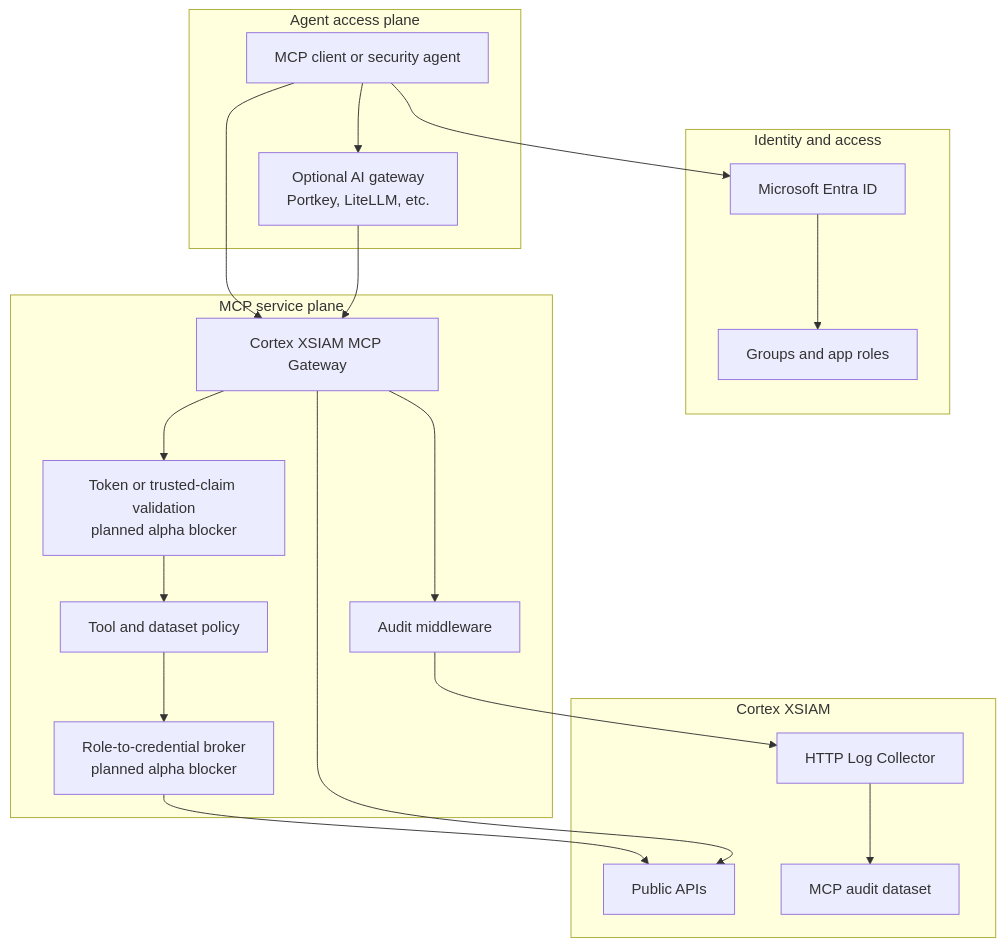
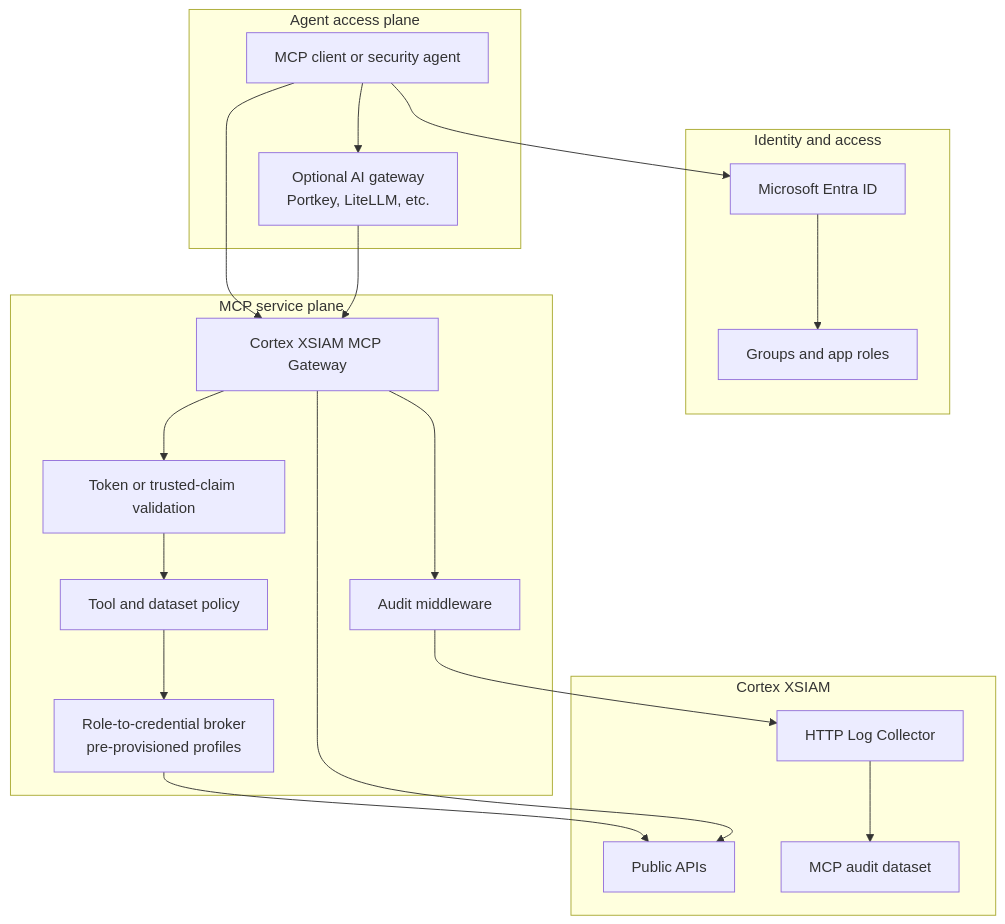
Before and after one commit to ciaran-finnegan/cortex-xsiam-mcp-gateway: the diagram in docs/ENTERPRISE_DEPLOYMENT.md, drawn with Mermaid. The commit also changed other lines of this file and 32 other files, not shown here.

````diff
--- a/docs/ENTERPRISE_DEPLOYMENT.md
+++ b/docs/ENTERPRISE_DEPLOYMENT.md
@@ -12,40 +12,40 @@
 ```mermaid
 flowchart TB
   subgraph Identity["Identity and access"]
     Entra["Microsoft Entra ID"]
     Groups["Groups and app roles"]
   end
 
   subgraph AgentPlane["Agent access plane"]
     Client["MCP client or security agent"]
     OptionalGateway["Optional AI gateway<br/>Portkey, LiteLLM, etc."]
   end
 
   subgraph MCPPlane["MCP service plane"]
     MCP["Cortex XSIAM MCP Gateway"]
-    Auth["Token or trusted-claim validation<br/>planned alpha blocker"]
+    Auth["Token or trusted-claim validation"]
     Policy["Tool and dataset policy"]
     Audit["Audit middleware"]
-    Broker["Role-to-credential broker<br/>planned alpha blocker"]
+    Broker["Role-to-credential broker<br/>pre-provisioned profiles"]
   end
 
   subgraph Cortex["Cortex XSIAM"]
     PAPI["Public APIs"]
     Collector["HTTP Log Collector"]
     Dataset["MCP audit dataset"]
   end
 
   Client --> Entra
   Entra --> Groups
   Client --> MCP
   Client --> OptionalGateway
   OptionalGateway --> MCP
   MCP --> Auth
   Auth --> Policy
   Policy --> Broker
   Broker --> PAPI
   MCP --> PAPI
   MCP --> Audit
   Audit --> Collector
   Collector --> Dataset
 ```
````
